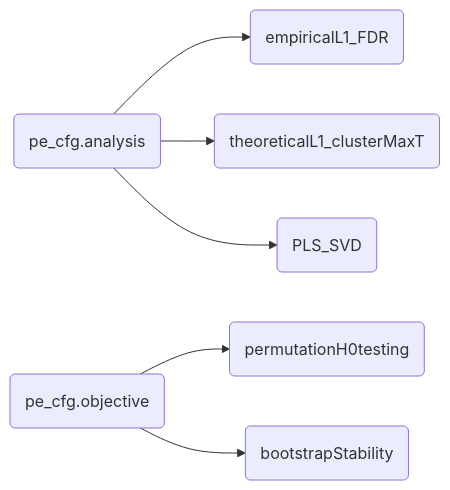
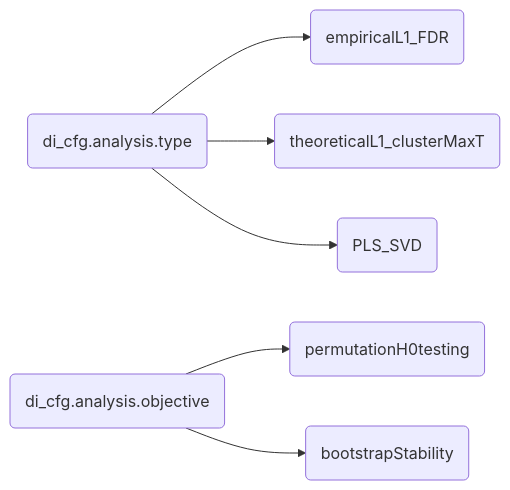
The diagram in README.md (GermanoGallicchio/Diagonale), drawn with Mermaid before and after one commit. The commit also changed other lines of this file, not shown here.

````diff
--- a/README.md
+++ b/README.md
@@ -89,17 +97,17 @@
 ```mermaid
   graph LR;
-    A(pe_cfg.analysis)
+    A(di_cfg.analysis.type)
     B(empiricalL1_FDR)
     C(theoreticalL1_clusterMaxT)
     D(PLS_SVD)
-    E(pe_cfg.objective)
+    E(di_cfg.analysis.objective)
     F(permutationH0testing)
     G(bootstrapStability)
 
     A-->B;
     A-->C;
     A-->D;
     E-->F;
     E-->G;
 
 ```
````
